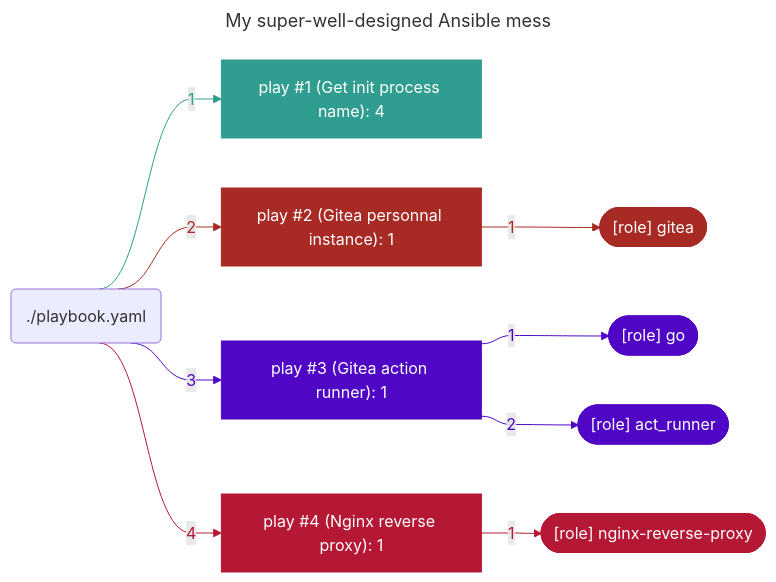
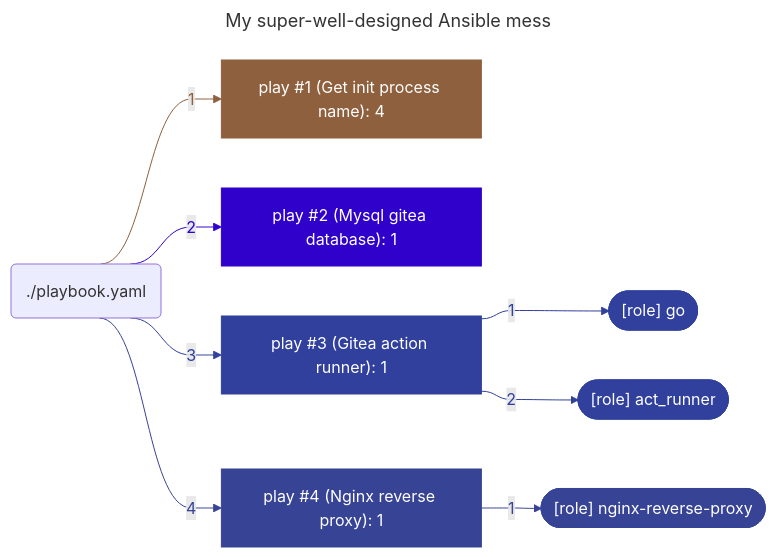
The diagram in README.md (boyreau/boyreau), drawn with Mermaid before and after one commit.

Commit message:
profile graph automatic update

````diff
--- a/README.md
+++ b/README.md
@@ -48,59 +48,53 @@
 ```mermaid
 ---
 title: "My super-well-designed Ansible mess"
 ---
 %%{ init: { "flowchart": { "curve": "bumpX" } } }%%
 flowchart LR
 	%% Start of the playbook './playbook.yaml'
-	playbook_6df43d61("./playbook.yaml")
+	playbook_79ead005("./playbook.yaml")
 		%% Start of the play 'play #1 (Get init process name): 4'
-		play_84b6ed82["play #1 (Get init process name): 4"]
-		style play_84b6ed82 stroke:#2f9d90,fill:#2f9d90,color:#ffffff
-		playbook_6df43d61 --> |"1"| play_84b6ed82
-		linkStyle 0 stroke:#2f9d90,color:#2f9d90
+		play_6c311acf["play #1 (Get init process name): 4"]
+		style play_6c311acf stroke:#8e603e,fill:#8e603e,color:#ffffff
+		playbook_79ead005 --> |"1"| play_6c311acf
+		linkStyle 0 stroke:#8e603e,color:#8e603e
 		%% End of the play 'play #1 (Get init process name): 4'
-		%% Start of the play 'play #2 (Gitea personnal instance): 1'
-		play_6b9627e2["play #2 (Gitea personnal instance): 1"]
-		style play_6b9627e2 stroke:#a82a24,fill:#a82a24,color:#ffffff
-		playbook_6df43d61 --> |"2"| play_6b9627e2
-		linkStyle 1 stroke:#a82a24,color:#a82a24
-			%% Start of the role '[role] gitea'
-			play_6b9627e2 --> |"1 "| role_7ee01add
-			linkStyle 2 stroke:#a82a24,color:#a82a24
-			role_7ee01add(["[role] gitea"])
-			style role_7ee01add fill:#a82a24,color:#ffffff,stroke:#a82a24
-			%% End of the role '[role] gitea'
-		%% End of the play 'play #2 (Gitea personnal instance): 1'
+		%% Start of the play 'play #2 (Mysql gitea database): 1'
+		play_8fe9a748["play #2 (Mysql gitea database): 1"]
+		style play_8fe9a748 stroke:#3001cb,fill:#3001cb,color:#ffffff
+		playbook_79ead005 --> |"2"| play_8fe9a748
+		linkStyle 1 stroke:#3001cb,color:#3001cb
+		%% End of the play 'play #2 (Mysql gitea database): 1'
 		%% Start of the play 'play #3 (Gitea action runner): 1'
-		play_31972b10["play #3 (Gitea action runner): 1"]
-		style play_31972b10 stroke:#5007c5,fill:#5007c5,color:#ffffff
-		playbook_6df43d61 --> |"3"| play_31972b10
-		linkStyle 3 stroke:#5007c5,color:#5007c5
+		play_aa23e2e9["play #3 (Gitea action runner): 1"]
+		style play_aa23e2e9 stroke:#30409c,fill:#30409c,color:#ffffff
+		playbook_79ead005 --> |"3"| play_aa23e2e9
+		linkStyle 2 stroke:#30409c,color:#30409c
 			%% Start of the role '[role] go'
-			play_31972b10 --> |"1 "| role_30f31cc9
-			linkStyle 4 stroke:#5007c5,color:#5007c5
-			role_30f31cc9(["[role] go"])
-			style role_30f31cc9 fill:#5007c5,color:#ffffff,stroke:#5007c5
+			play_aa23e2e9 --> |"1 "| role_0e88b7f5
+			linkStyle 3 stroke:#30409c,color:#30409c
+			role_0e88b7f5(["[role] go"])
+			style role_0e88b7f5 fill:#30409c,color:#ffffff,stroke:#30409c
 			%% End of the role '[role] go'
 			%% Start of the role '[role] act_runner'
-			play_31972b10 --> |"2 "| role_a063e626
-			linkStyle 5 stroke:#5007c5,color:#5007c5
-			role_a063e626(["[role] act_runner"])
-			style role_a063e626 fill:#5007c5,color:#ffffff,stroke:#5007c5
+			play_aa23e2e9 --> |"2 "| role_ee87e923
+			linkStyle 4 stroke:#30409c,color:#30409c
+			role_ee87e923(["[role] act_runner"])
+			style role_ee87e923 fill:#30409c,color:#ffffff,stroke:#30409c
 			%% End of the role '[role] act_runner'
 		%% End of the play 'play #3 (Gitea action runner): 1'
 		%% Start of the play 'play #4 (Nginx reverse proxy): 1'
-		play_6c3236cc["play #4 (Nginx reverse proxy): 1"]
-		style play_6c3236cc stroke:#b41834,fill:#b41834,color:#ffffff
-		playbook_6df43d61 --> |"4"| play_6c3236cc
-		linkStyle 6 stroke:#b41834,color:#b41834
+		play_6ef56bfe["play #4 (Nginx reverse proxy): 1"]
+		style play_6ef56bfe stroke:#374395,fill:#374395,color:#ffffff
+		playbook_79ead005 --> |"4"| play_6ef56bfe
+		linkStyle 5 stroke:#374395,color:#374395
 			%% Start of the role '[role] nginx-reverse-proxy'
-			play_6c3236cc --> |"1 "| role_31d7e87b
-			linkStyle 7 stroke:#b41834,color:#b41834
-			role_31d7e87b(["[role] nginx-reverse-proxy"])
-			style role_31d7e87b fill:#b41834,color:#ffffff,stroke:#b41834
+			play_6ef56bfe --> |"1 "| role_7791370c
+			linkStyle 6 stroke:#374395,color:#374395
+			role_7791370c(["[role] nginx-reverse-proxy"])
+			style role_7791370c fill:#374395,color:#ffffff,stroke:#374395
 			%% End of the role '[role] nginx-reverse-proxy'
 		%% End of the play 'play #4 (Nginx reverse proxy): 1'
 	%% End of the playbook './playbook.yaml'
 
 ```
````
